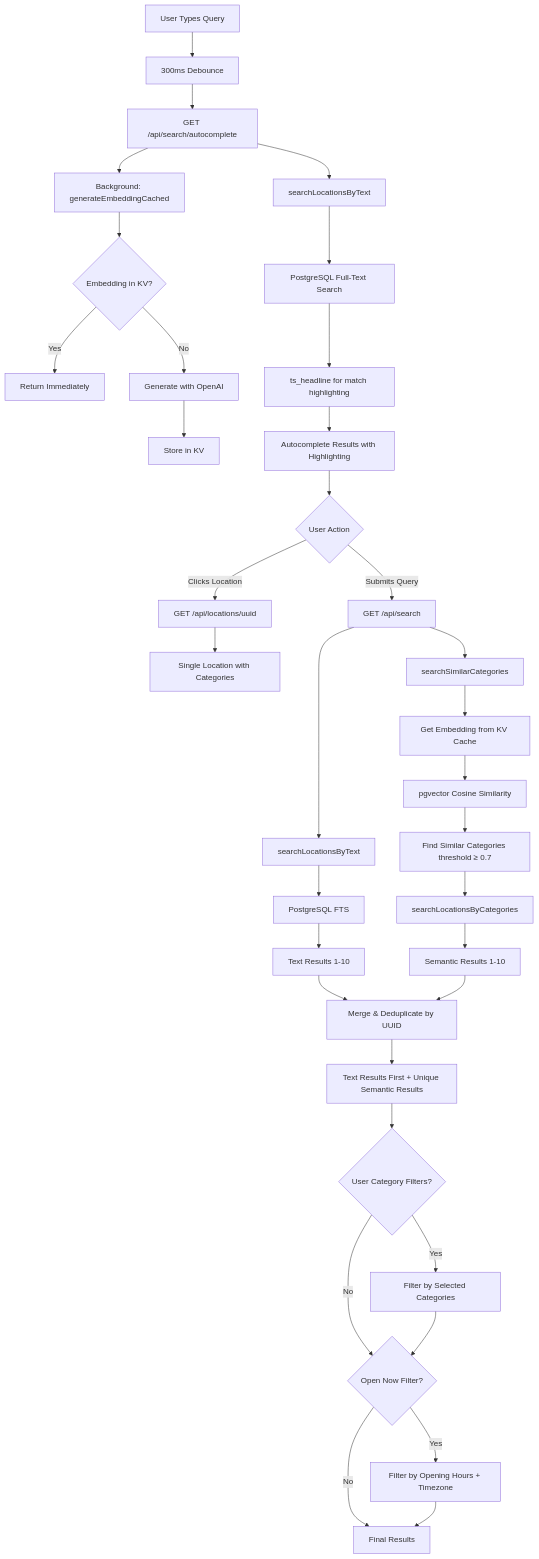
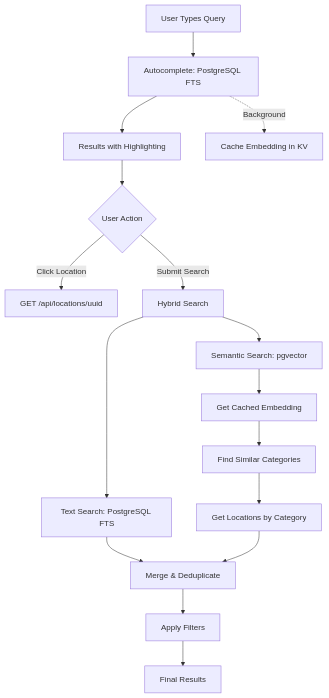
One commit to nimiq/crypto-map changed the diagram in README.md. Above: the diagram before and after it, drawn with Mermaid. The commit also changed 13 other files, not shown here.

````diff
--- a/README.md
+++ b/README.md
@@ -105,47 +105,24 @@
 ```mermaid
 flowchart TB
-    User[User Types Query] --> Debounce[300ms Debounce]
-    Debounce --> Autocomplete[GET /api/search/autocomplete]
+    User[User Types Query] --> AC[Autocomplete: PostgreSQL FTS]
+    AC --> ACResults[Results with Highlighting]
+    AC -.Background.-> Cache[Cache Embedding in KV]
 
-    Autocomplete --> BgEmbed[Background: generateEmbeddingCached]
-    Autocomplete --> TextSearch[searchLocationsByText]
+    ACResults --> Action{User Action}
 
-    BgEmbed --> CheckCache{Embedding in KV?}
-    CheckCache -->|Yes| CacheHit[Return Immediately]
-    CheckCache -->|No| Generate[Generate with OpenAI]
-    Generate --> StoreCache[Store in KV]
+    Action -->|Click Location| Single[GET /api/locations/uuid]
+    Action -->|Submit Search| Hybrid[Hybrid Search]
 
-    TextSearch --> PQFTS[PostgreSQL Full-Text Search]
-    PQFTS --> Highlight[ts_headline for match highlighting]
-    Highlight --> ACResults[Autocomplete Results with Highlighting]
+    Hybrid --> Text[Text Search: PostgreSQL FTS]
+    Hybrid --> Semantic[Semantic Search: pgvector]
 
-    ACResults --> UserAction{User Action}
-    UserAction -->|Clicks Location| DirectFetch[GET /api/locations/uuid]
-    UserAction -->|Submits Query| HybridSearch[GET /api/search]
+    Semantic --> Embed[Get Cached Embedding]
+    Embed --> Similar[Find Similar Categories]
+    Similar --> CatLocs[Get Locations by Category]
 
-    DirectFetch --> SingleLocation[Single Location with Categories]
+    Text --> Merge[Merge & Deduplicate]
+    CatLocs --> Merge
 
-    HybridSearch --> TS[searchLocationsByText]
-    HybridSearch --> SS[searchSimilarCategories]
-
-    TS --> PQFTS2[PostgreSQL FTS]
-    PQFTS2 --> TSResults[Text Results 1-10]
-
-    SS --> GetCachedEmbed[Get Embedding from KV Cache]
-    GetCachedEmbed --> VectorSearch[pgvector Cosine Similarity]
-    VectorSearch --> FindCats[Find Similar Categories threshold ≥ 0.7]
-    FindCats --> GetLocs[searchLocationsByCategories]
-    GetLocs --> SSResults[Semantic Results 1-10]
-
-    TSResults --> Merge[Merge & Deduplicate by UUID]
-    SSResults --> Merge
-    Merge --> MergedResults[Text Results First + Unique Semantic Results]
-
-    MergedResults --> CategoryFilter{User Category Filters?}
-    CategoryFilter -->|Yes| FilterCats[Filter by Selected Categories]
-    CategoryFilter -->|No| OpenFilter{Open Now Filter?}
-    FilterCats --> OpenFilter
-    OpenFilter -->|Yes| FilterOpenNow[Filter by Opening Hours + Timezone]
-    OpenFilter -->|No| FinalResults[Final Results]
-    FilterOpenNow --> FinalResults
+    Merge --> Filters[Apply Filters]
+    Filters --> Results[Final Results]
 ```
````
